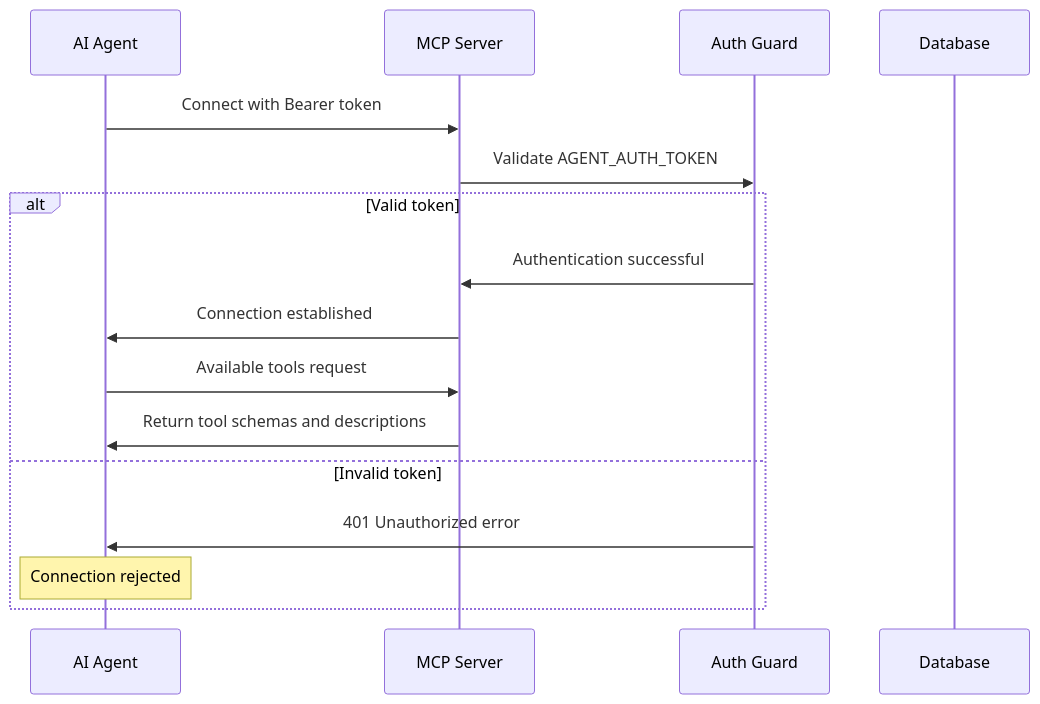
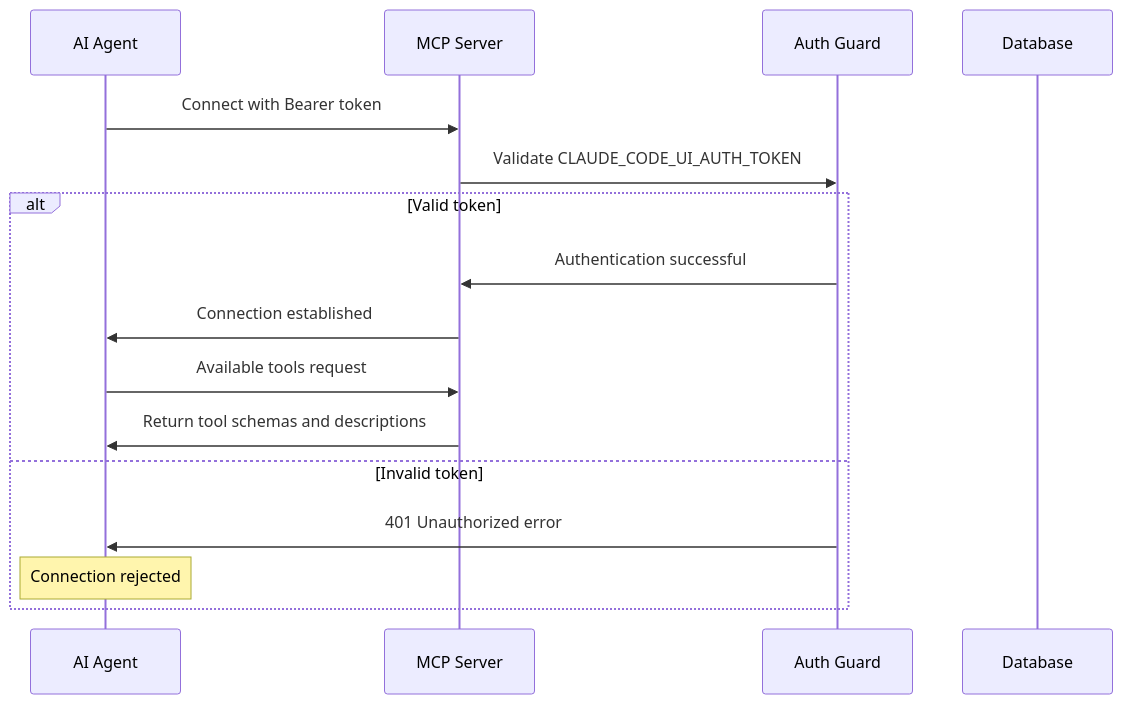
One commit to ivawzh/v0-bun-hono-tanstack-router changed the second of 6 diagrams in docs/feature-flows/mcp-integration.md. Above: the diagram before and after it, drawn with Mermaid. The commit also changed other lines of this file and 10 other files, not shown here.

First line of the commit message:
feat: integrate Claude Code UI callbacks with Solo Unicorn server

````diff
--- a/docs/feature-flows/mcp-integration.md
+++ b/docs/feature-flows/mcp-integration.md
@@ -42,19 +42,19 @@
 ```mermaid
 sequenceDiagram
     participant AI as AI Agent
     participant MCP as MCP Server
     participant Auth as Auth Guard
     participant DB as Database
-    
+
     AI->>MCP: Connect with Bearer token
-    MCP->>Auth: Validate AGENT_AUTH_TOKEN
+    MCP->>Auth: Validate CLAUDE_CODE_UI_AUTH_TOKEN
     alt Valid token
         Auth->>MCP: Authentication successful
         MCP->>AI: Connection established
         AI->>MCP: Available tools request
         MCP->>AI: Return tool schemas and descriptions
     else Invalid token
         Auth->>AI: 401 Unauthorized error
         Note over AI: Connection rejected
     end
 ```
````
